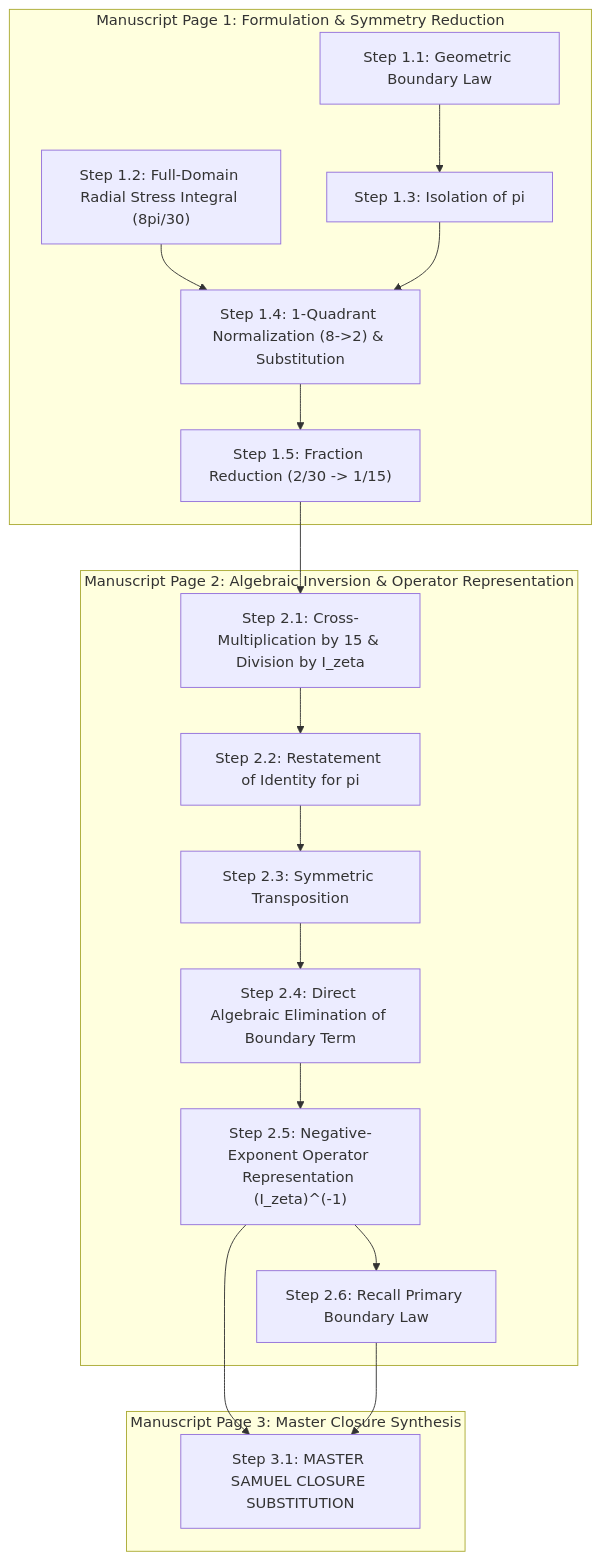
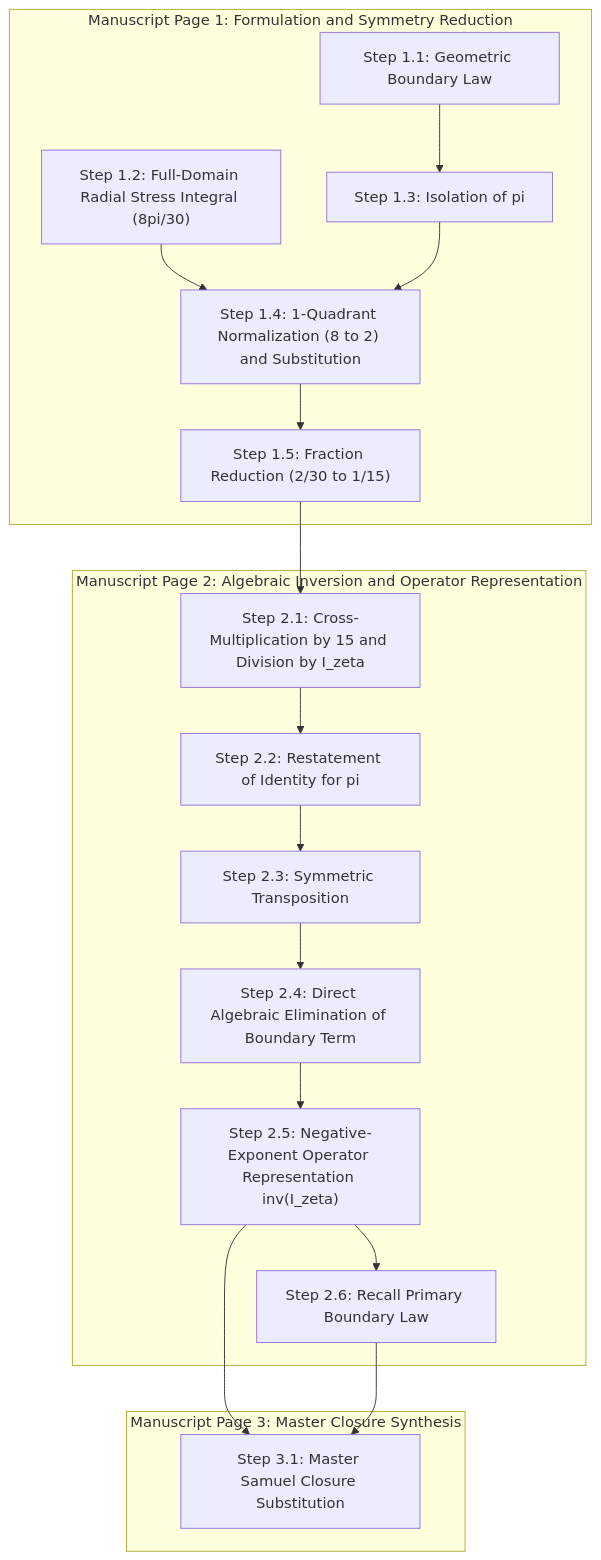
Before and after one commit to SamuelPurba/Samuel-Navier-Stocks-Equation-Solution: the second of 4 diagrams in README.md, drawn with Mermaid. The commit also changed other lines of this file, not shown here.

````diff
--- a/README.md
+++ b/README.md
@@ -323,23 +349,23 @@
 ```mermaid
 flowchart TD
-    subgraph P1["Manuscript Page 1: Formulation & Symmetry Reduction"]
+    subgraph P1["Manuscript Page 1: Formulation and Symmetry Reduction"]
         S1["Step 1.1: Geometric Boundary Law"] --> S3["Step 1.3: Isolation of pi"]
-        S2["Step 1.2: Full-Domain Radial Stress Integral (8pi/30)"] --> S4["Step 1.4: 1-Quadrant Normalization (8->2) & Substitution"]
+        S2["Step 1.2: Full-Domain Radial Stress Integral (8pi/30)"] --> S4["Step 1.4: 1-Quadrant Normalization (8 to 2) and Substitution"]
         S3 --> S4
-        S4 --> S5["Step 1.5: Fraction Reduction (2/30 -> 1/15)"]
+        S4 --> S5["Step 1.5: Fraction Reduction (2/30 to 1/15)"]
     end
 
-    subgraph P2["Manuscript Page 2: Algebraic Inversion & Operator Representation"]
-        S5 --> S6["Step 2.1: Cross-Multiplication by 15 & Division by I_zeta"]
+    subgraph P2["Manuscript Page 2: Algebraic Inversion and Operator Representation"]
+        S5 --> S6["Step 2.1: Cross-Multiplication by 15 and Division by I_zeta"]
         S6 --> S7["Step 2.2: Restatement of Identity for pi"]
         S7 --> S8["Step 2.3: Symmetric Transposition"]
         S8 --> S9["Step 2.4: Direct Algebraic Elimination of Boundary Term"]
-        S9 --> S10["Step 2.5: Negative-Exponent Operator Representation (I_zeta)^(-1)"]
+        S9 --> S10["Step 2.5: Negative-Exponent Operator Representation inv(I_zeta)"]
         S10 --> S11["Step 2.6: Recall Primary Boundary Law"]
     end
 
     subgraph P3["Manuscript Page 3: Master Closure Synthesis"]
-        S10 --> S12["Step 3.1: MASTER SAMUEL CLOSURE SUBSTITUTION"]
+        S10 --> S12["Step 3.1: Master Samuel Closure Substitution"]
         S11 --> S12
     end
 ```
````
